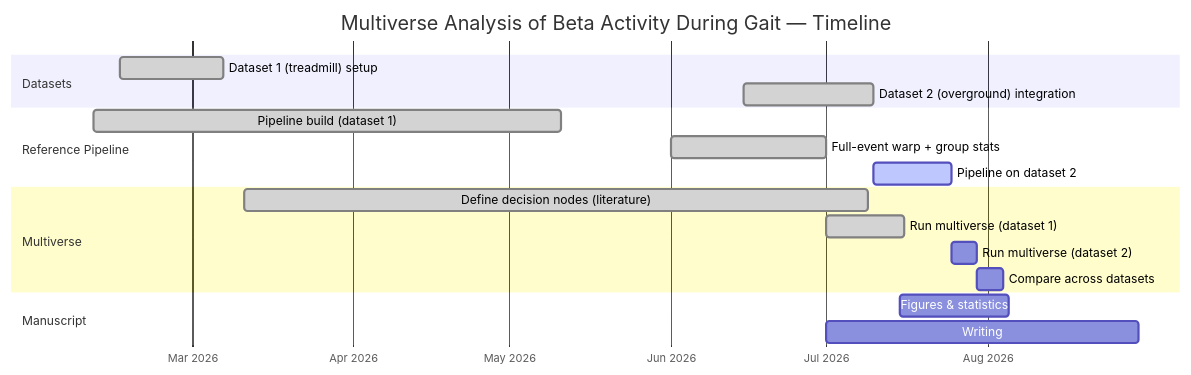
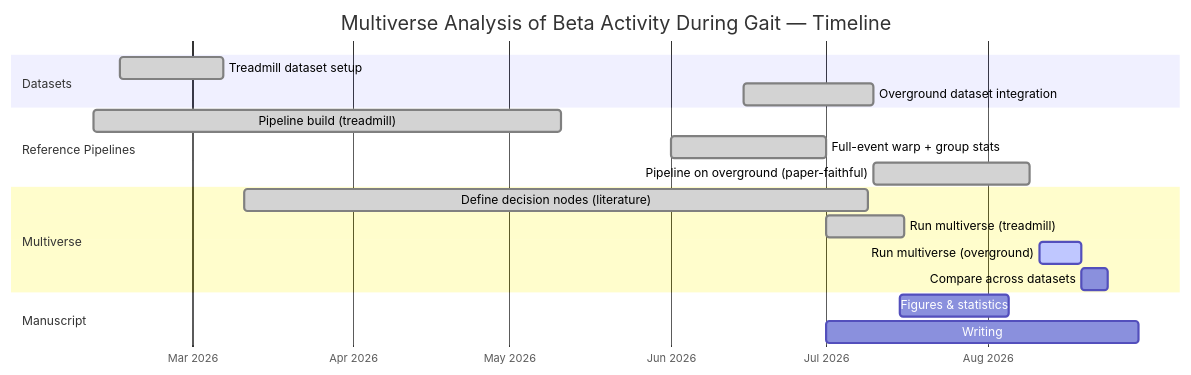
Before and after one commit to vaishvd/betaGaitMultiverse: the third of 3 diagrams in readme.md, drawn with Mermaid. The commit also changed other lines of this file, not shown here.

Commit message:
Update README to clarify dataset descriptions and preprocessing pipelines

````diff
--- a/readme.md
+++ b/readme.md
@@ -243,25 +251,21 @@
 ```mermaid
 gantt
     title Multiverse Analysis of Beta Activity During Gait — Timeline
     dateFormat  YYYY-MM-DD
     axisFormat  %b %Y
-
     section Datasets
-    Dataset 1 (treadmill) setup        :done, a1, 2026-02-15, 20d
-    Dataset 2 (overground) integration :done, a2, 2026-06-15, 25d
-
-    section Reference Pipeline
-    Pipeline build (dataset 1)         :done, b1, 2026-02-10, 90d
+    Treadmill dataset setup            :done, a1, 2026-02-15, 20d
+    Overground dataset integration     :done, a2, 2026-06-15, 25d
+    section Reference Pipelines
+    Pipeline build (treadmill)         :done, b1, 2026-02-10, 90d
     Full-event warp + group stats      :done, b2, 2026-06-01, 30d
-    Pipeline on dataset 2              :active, b3, 2026-07-10, 15d
-
+    Pipeline on overground (paper-faithful) :done, b3, 2026-07-10, 30d
     section Multiverse
     Define decision nodes (literature) :done, d1, 2026-03-11, 120d
-    Run multiverse (dataset 1)         :done, d2, 2026-07-01, 15d
-    Run multiverse (dataset 2)         :d3, after b3, 5d
+    Run multiverse (treadmill)         :done, d2, 2026-07-01, 15d
+    Run multiverse (overground)        :active, d3, 2026-08-11, 8d
     Compare across datasets            :d4, after d3, 5d
-
     section Manuscript
     Figures & statistics               :e1, 2026-07-15, 21d
     Writing                            :e2, after b2, 60d
 ```
````
